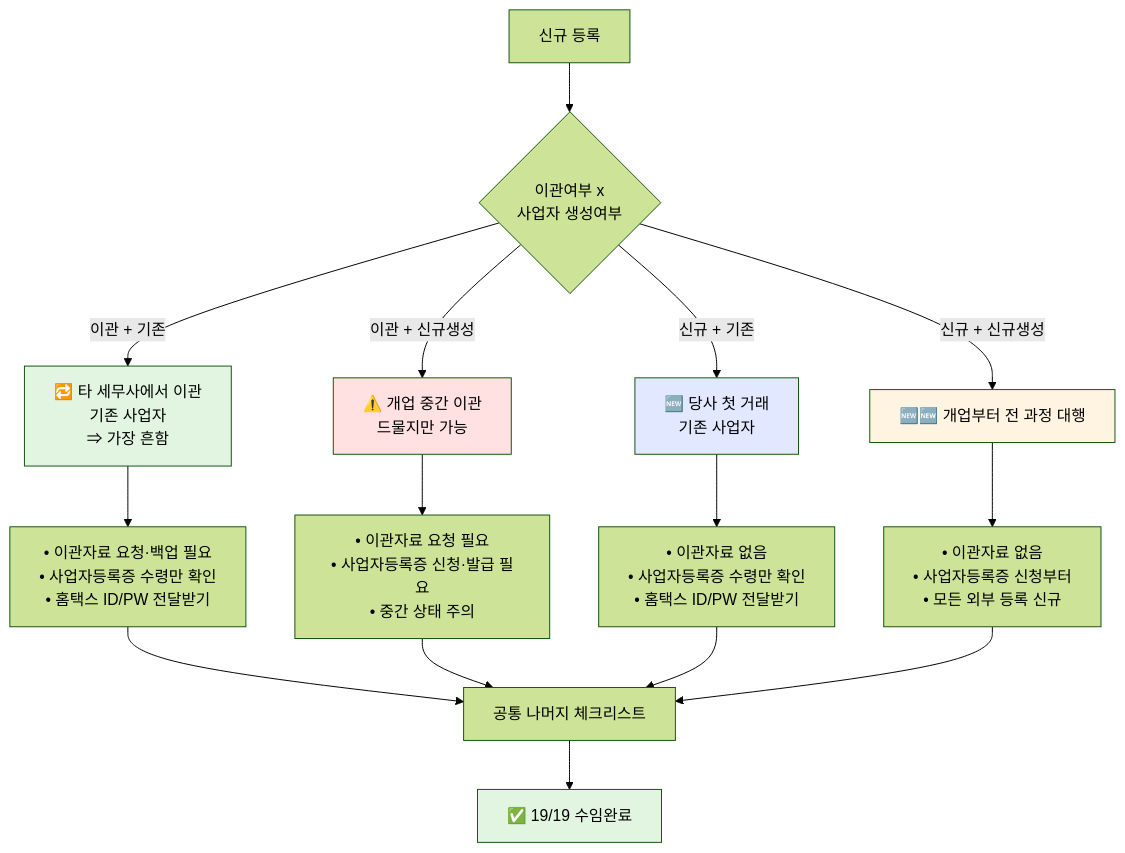
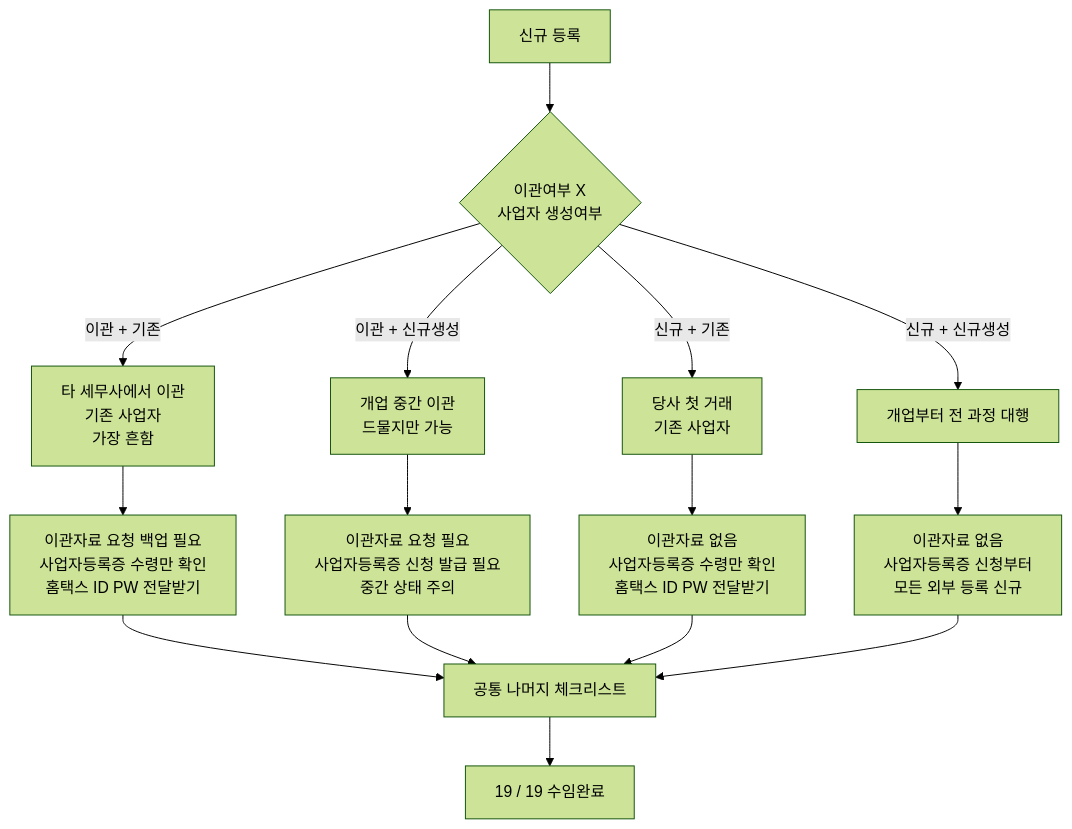
Before and after one commit to hany-peak/kakaotalk-auto-sender: the third of 5 diagrams in codetax-macro/docs/superpowers/specs/2026-04-22-new-client-master-tracker-workflow.md, drawn with Mermaid (forest theme). The commit also changed other lines of this file, not shown here.

First line of the commit message:
fix(docs): rewrite mermaid diagrams for mermaid 8.x compatibility

````diff
--- a/codetax-macro/docs/superpowers/specs/2026-04-22-new-client-master-tracker-workflow.md
+++ b/codetax-macro/docs/superpowers/specs/2026-04-22-new-client-master-tracker-workflow.md
@@ -87,27 +74,21 @@
 ```mermaid
 flowchart TB
-    Reg[신규 등록] --> Combo{이관여부 x<br/>사업자 생성여부}
+    Reg["신규 등록"] --> Combo{"이관여부 X<br/>사업자 생성여부"}
 
-    Combo -->|이관 + 기존| C1[🔁 타 세무사에서 이관<br/>기존 사업자<br/>⇒ 가장 흔함]
-    Combo -->|이관 + 신규생성| C2[⚠️ 개업 중간 이관<br/>드물지만 가능]
-    Combo -->|신규 + 기존| C3[🆕 당사 첫 거래<br/>기존 사업자]
-    Combo -->|신규 + 신규생성| C4[🆕🆕 개업부터 전 과정 대행]
+    Combo -->|"이관 + 기존"| C1["타 세무사에서 이관<br/>기존 사업자<br/>가장 흔함"]
+    Combo -->|"이관 + 신규생성"| C2["개업 중간 이관<br/>드물지만 가능"]
+    Combo -->|"신규 + 기존"| C3["당사 첫 거래<br/>기존 사업자"]
+    Combo -->|"신규 + 신규생성"| C4["개업부터 전 과정 대행"]
 
-    C1 --> C1S[• 이관자료 요청·백업 필요<br/>• 사업자등록증 수령만 확인<br/>• 홈택스 ID/PW 전달받기]
-    C2 --> C2S[• 이관자료 요청 필요<br/>• 사업자등록증 신청·발급 필요<br/>• 중간 상태 주의]
-    C3 --> C3S[• 이관자료 없음<br/>• 사업자등록증 수령만 확인<br/>• 홈택스 ID/PW 전달받기]
-    C4 --> C4S[• 이관자료 없음<br/>• 사업자등록증 신청부터<br/>• 모든 외부 등록 신규]
+    C1 --> C1S["이관자료 요청 백업 필요<br/>사업자등록증 수령만 확인<br/>홈택스 ID PW 전달받기"]
+    C2 --> C2S["이관자료 요청 필요<br/>사업자등록증 신청 발급 필요<br/>중간 상태 주의"]
+    C3 --> C3S["이관자료 없음<br/>사업자등록증 수령만 확인<br/>홈택스 ID PW 전달받기"]
+    C4 --> C4S["이관자료 없음<br/>사업자등록증 신청부터<br/>모든 외부 등록 신규"]
 
-    C1S --> Common[공통 나머지 체크리스트]
+    C1S --> Common["공통 나머지 체크리스트"]
     C2S --> Common
     C3S --> Common
     C4S --> Common
 
-    Common --> Done[✅ 19/19 수임완료]
-
-    style C1 fill:#e1f5e1
-    style C2 fill:#ffe1e1
-    style C3 fill:#e1e8ff
-    style C4 fill:#fff4e1
-    style Done fill:#e1f5e1
+    Common --> Done["19 / 19 수임완료"]
 ```
````
